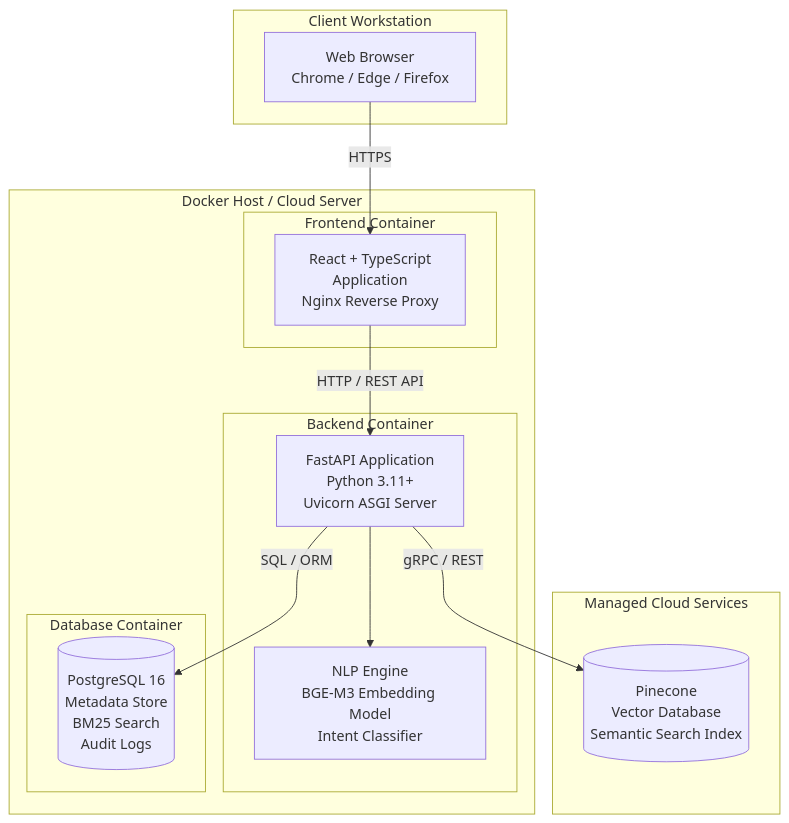
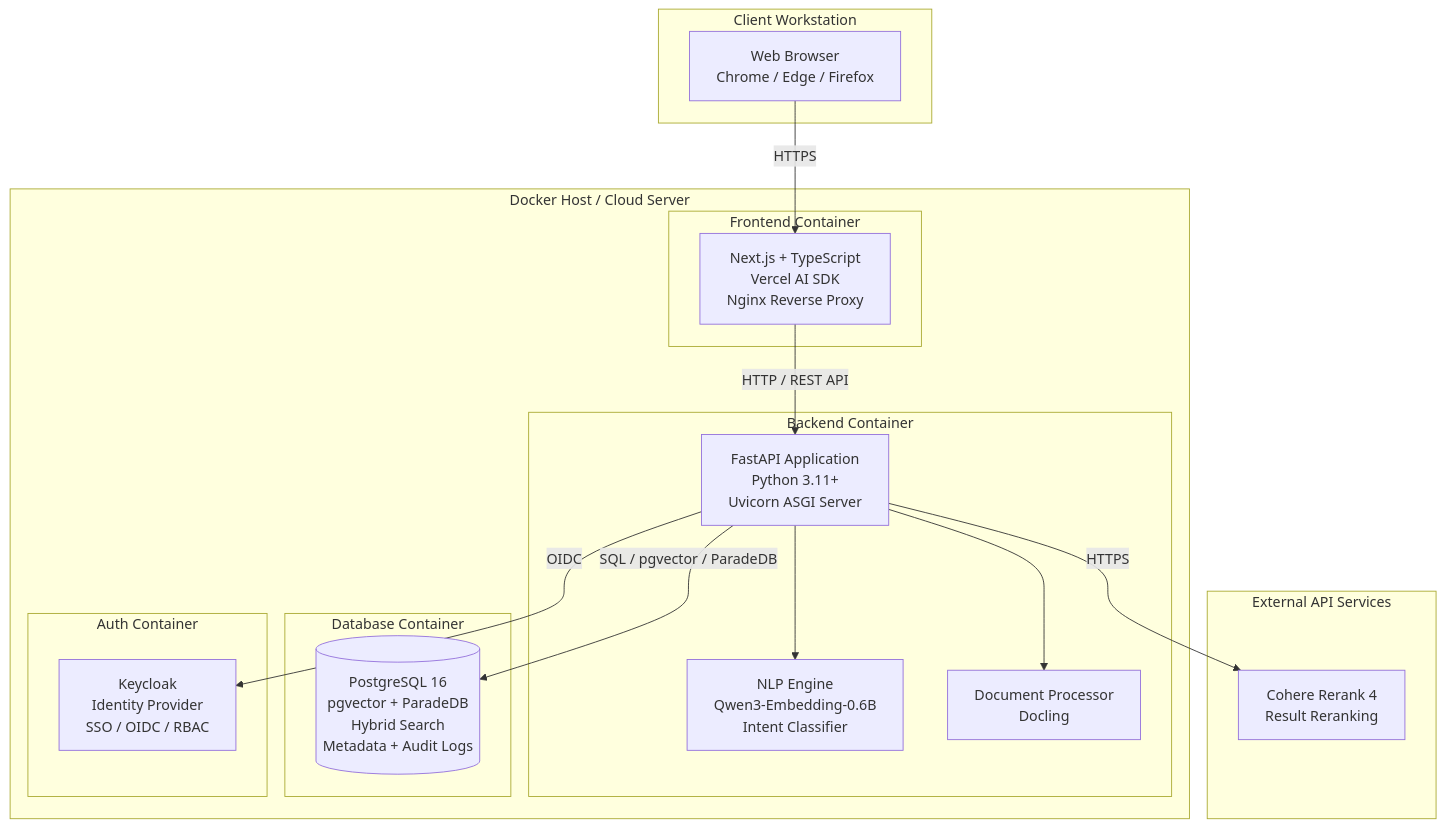
One commit to FlyM1ss/capstone-project changed the fifth of 5 diagrams in software-engineering/Software_Engineering_Draft.md. Above: the diagram before and after it, drawn with Mermaid. The commit also changed other lines of this file and 14 other files, not shown here.

````diff
--- a/software-engineering/Software_Engineering_Draft.md
+++ b/software-engineering/Software_Engineering_Draft.md
@@ -272,31 +276,38 @@
 ```mermaid
 graph TB
     subgraph "Client Workstation"
         Browser[Web Browser<br/>Chrome / Edge / Firefox]
     end
 
     subgraph "Docker Host / Cloud Server"
         subgraph "Frontend Container"
-            ReactApp[React + TypeScript<br/>Application<br/>Nginx Reverse Proxy]
+            NextApp[Next.js + TypeScript<br/>Vercel AI SDK<br/>Nginx Reverse Proxy]
         end
 
         subgraph "Backend Container"
             FastAPI[FastAPI Application<br/>Python 3.11+<br/>Uvicorn ASGI Server]
-            NLP[NLP Engine<br/>BGE-M3 Embedding Model<br/>Intent Classifier]
+            NLP[NLP Engine<br/>Qwen3-Embedding-0.6B<br/>Intent Classifier]
+            DocProc[Document Processor<br/>Docling]
         end
 
         subgraph "Database Container"
-            PG[(PostgreSQL 16<br/>Metadata Store<br/>BM25 Search<br/>Audit Logs)]
+            PG[(PostgreSQL 16<br/>pgvector + ParadeDB<br/>Hybrid Search<br/>Metadata + Audit Logs)]
+        end
+
+        subgraph "Auth Container"
+            Keycloak[Keycloak<br/>Identity Provider<br/>SSO / OIDC / RBAC]
         end
     end
 
-    subgraph "Managed Cloud Services"
-        Pinecone[(Pinecone<br/>Vector Database<br/>Semantic Search Index)]
+    subgraph "External API Services"
+        CohereRerank[Cohere Rerank 4<br/>Result Reranking]
     end
 
-    Browser -->|HTTPS| ReactApp
-    ReactApp -->|HTTP / REST API| FastAPI
-    FastAPI -->|SQL / ORM| PG
-    FastAPI -->|gRPC / REST| Pinecone
+    Browser -->|HTTPS| NextApp
+    NextApp -->|HTTP / REST API| FastAPI
+    FastAPI -->|SQL / pgvector / ParadeDB| PG
+    FastAPI -->|HTTPS| CohereRerank
     FastAPI --> NLP
+    FastAPI --> DocProc
+    FastAPI -->|OIDC| Keycloak
 ```
````
